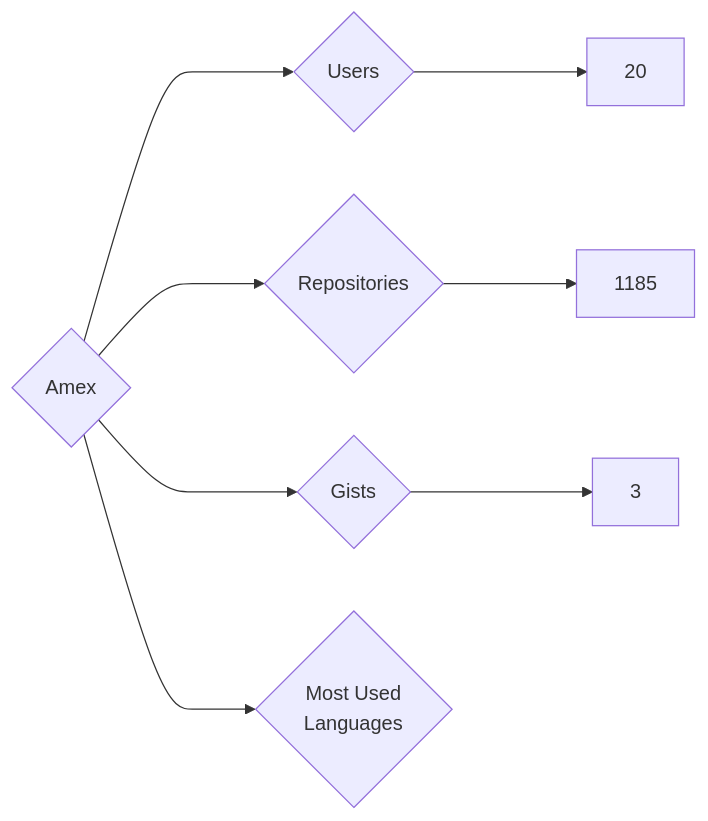
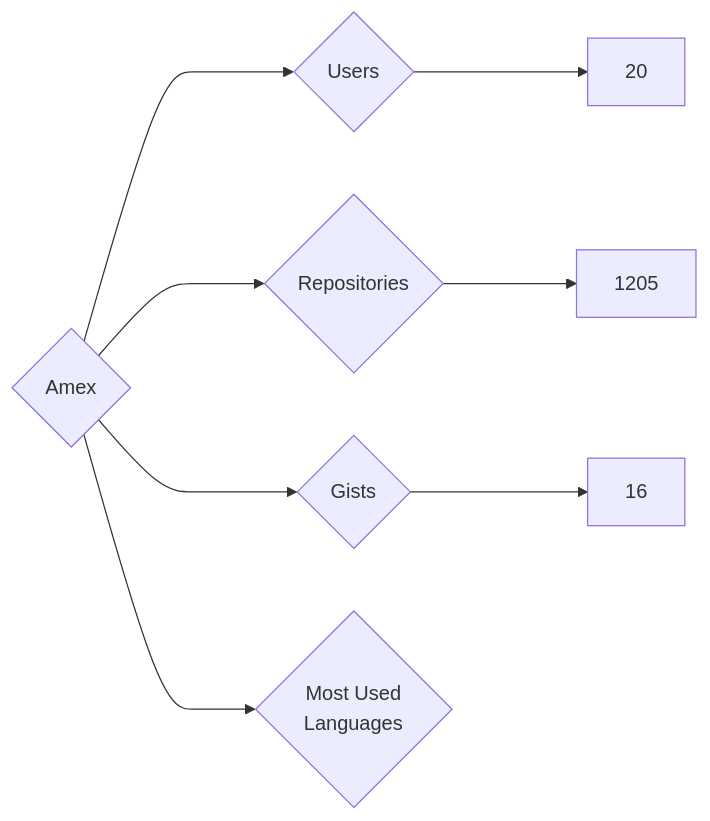
Before and after one commit to nenadzaric/insiders: the diagram in targets/Amex/README.md, drawn with Mermaid. The commit also changed 1342 other files, not shown here.

````diff
--- a/targets/Amex/README.md
+++ b/targets/Amex/README.md
@@ -3,8 +3,8 @@
 ```mermaid
 graph LR
 COMPANY_NAME{Amex}
 COMPANY_NAME ---> U{Users} ---> UN[20]
-COMPANY_NAME ---> R{Repositories} ---> RN[1185]
-COMPANY_NAME ---> G{Gists} ---> GN[3]
+COMPANY_NAME ---> R{Repositories} ---> RN[1205]
+COMPANY_NAME ---> G{Gists} ---> GN[16]
 COMPANY_NAME ---> ML{Most Used<br>Languages}
 ```
````
